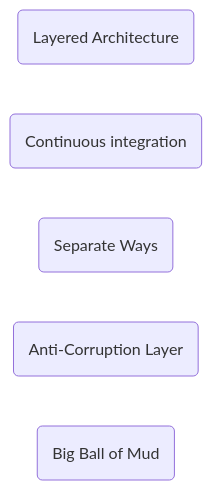
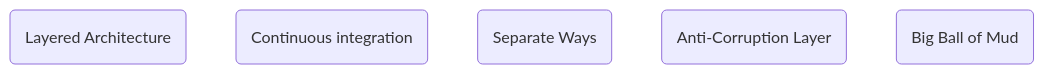
One commit to pirocorp/Object-Oriented-Design changed the sixth of 6 diagrams in 13. DDD/Introducing Domain-Driven Design.md. Above: the diagram before and after it, drawn with Mermaid. The commit also changed other lines of this file, not shown here.

Commit message:
Update Introducing Domain-Driven Design.md

````diff
--- a/13. DDD/Introducing Domain-Driven Design.md
+++ b/13. DDD/Introducing Domain-Driven Design.md
@@ -267,8 +265,8 @@
 ```mermaid
-flowchart LR
+flowchart TB
   id1(Layered Architecture)
   id2(Continuous integration)   
   id3(Separate Ways)
   id4(Anti-Corruption Layer)
   id5(Big Ball of Mud)
 ```
````
